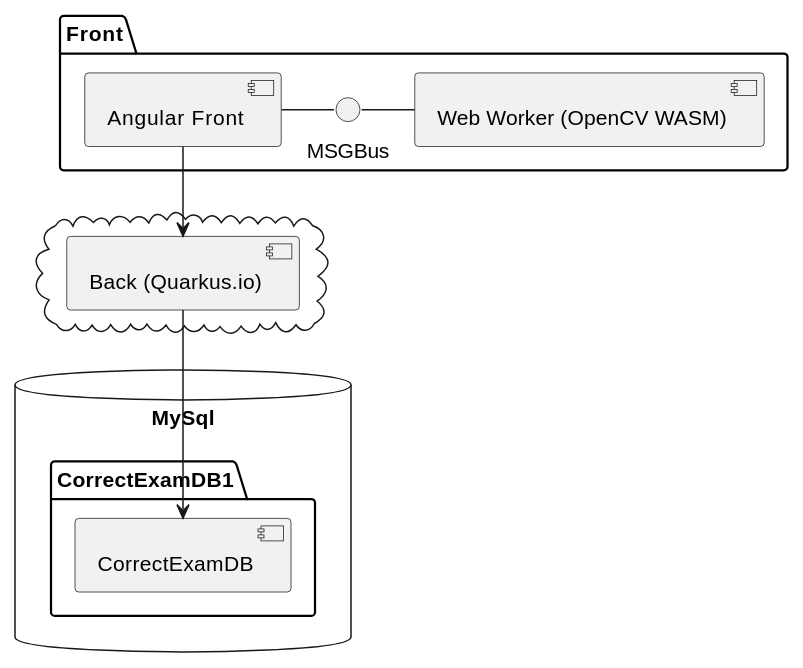
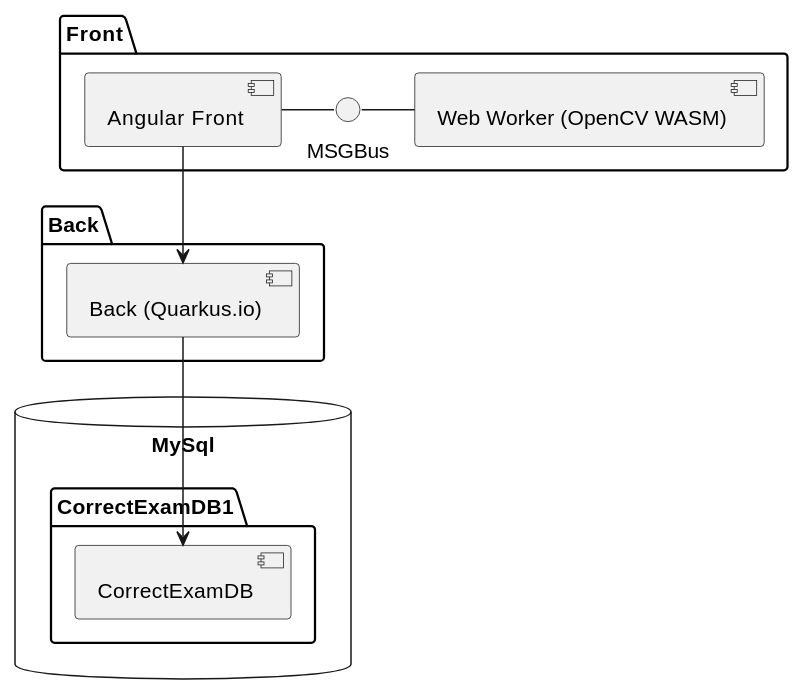
One commit to barais/correctexamslides changed the first of 2 diagrams in slides.md. Above: the diagram before and after it, drawn with PlantUML. The commit also changed other lines of this file, not shown here.

````diff
--- a/slides.md
+++ b/slides.md
@@ -104,27 +96,27 @@
 ```plantuml {scale: 0.7}
 @startuml
 
 
 package "Front" {
   MSGBus - [Web Worker (OpenCV WASM)]
   [Angular Front] - MSGBus
 }
 
 
-cloud {
+package "Back" {
   [Back (Quarkus.io)]
 }
 
 
 database "MySql" {
   folder "CorrectExamDB1" {
     [CorrectExamDB]
   }
 }
 
 
 [Angular Front] --> [Back (Quarkus.io)]
 [Back (Quarkus.io)] --> [CorrectExamDB]
 
 @enduml
 ```
````
